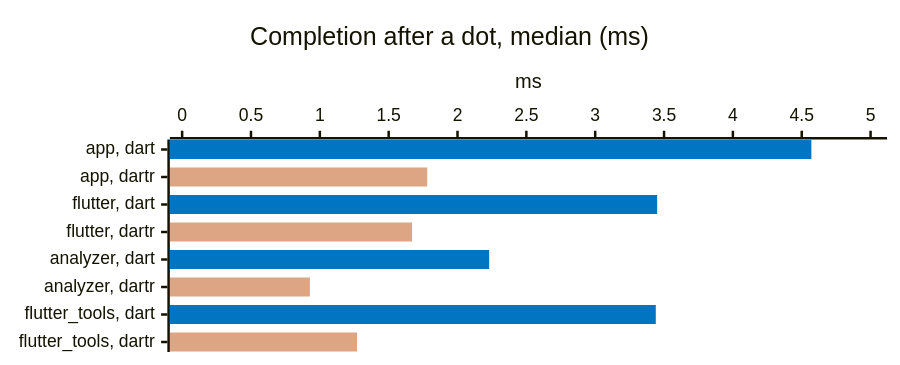
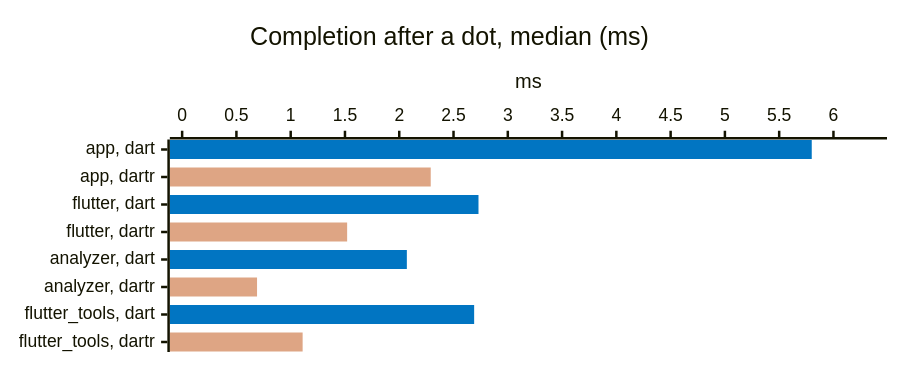
One commit to orestesgaolin/dartr changed the fifth of 14 diagrams in docs/BENCHMARKS.md. Above: the diagram before and after it, drawn with Mermaid. The commit also changed other lines of this file and 1 other file, not shown here.

Commit message:
docs(bench): results after CPU round 5 and the plugin fix; charts updated

````diff
--- a/docs/BENCHMARKS.md
+++ b/docs/BENCHMARKS.md
@@ -97,17 +97,17 @@
 ```mermaid
 ---
 config:
   xyChart:
     height: 272
   themeVariables:
     xyChart:
       plotColorPalette: "#0175C2, #DEA584"
 ---
 xychart-beta horizontal
     %% -100 = no bar: one series per measurement gives each its own color
     title "Completion after a dot, median (ms)"
     x-axis ["app, dart", "app, dartr", "flutter, dart", "flutter, dartr", "analyzer, dart", "analyzer, dartr", "flutter_tools, dart", "flutter_tools, dartr"]
-    y-axis "ms" 0 --> 5.03
-    bar [4.57, -100, 3.45, -100, 2.23, -100, 3.44, -100]
-    bar [-100, 1.78, -100, 1.67, -100, 0.928, -100, 1.27]
+    y-axis "ms" 0 --> 6.38
+    bar [5.8, -100, 2.73, -100, 2.07, -100, 2.69, -100]
+    bar [-100, 2.29, -100, 1.52, -100, 0.69, -100, 1.11]
 ```
````
